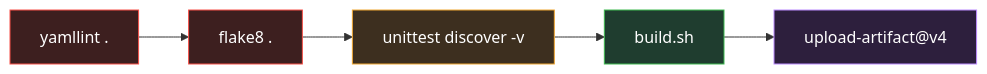
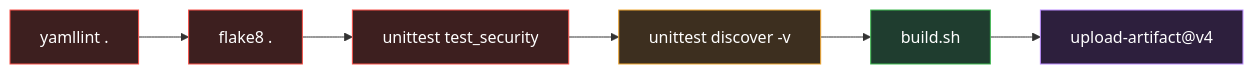
The second of 3 diagrams in README.md (Pieaceton/first-devops-project), drawn with Mermaid before and after one commit. The commit also changed other lines of this file and 6 other files, not shown here.

````diff
--- a/README.md
+++ b/README.md
@@ -262,9 +276,10 @@
 ```mermaid
 graph LR
-    L["yamllint ."] --> F["flake8 ."] --> T["unittest discover -v"] --> B["build.sh"] --> U["upload-artifact@v4"]
+    L["yamllint ."] --> F["flake8 ."] --> S["unittest test_security"] --> T["unittest discover -v"] --> B["build.sh"] --> U["upload-artifact@v4"]
     style L fill:#3d1f1f,stroke:#f85149,color:#ffffff
     style F fill:#3d1f1f,stroke:#f85149,color:#ffffff
+    style S fill:#3d1f1f,stroke:#f85149,color:#ffffff
     style T fill:#3d2f1f,stroke:#f0a732,color:#ffffff
     style B fill:#1f3d2f,stroke:#3fb950,color:#ffffff
     style U fill:#2d1f3d,stroke:#bc8cff,color:#ffffff
 ```
````
